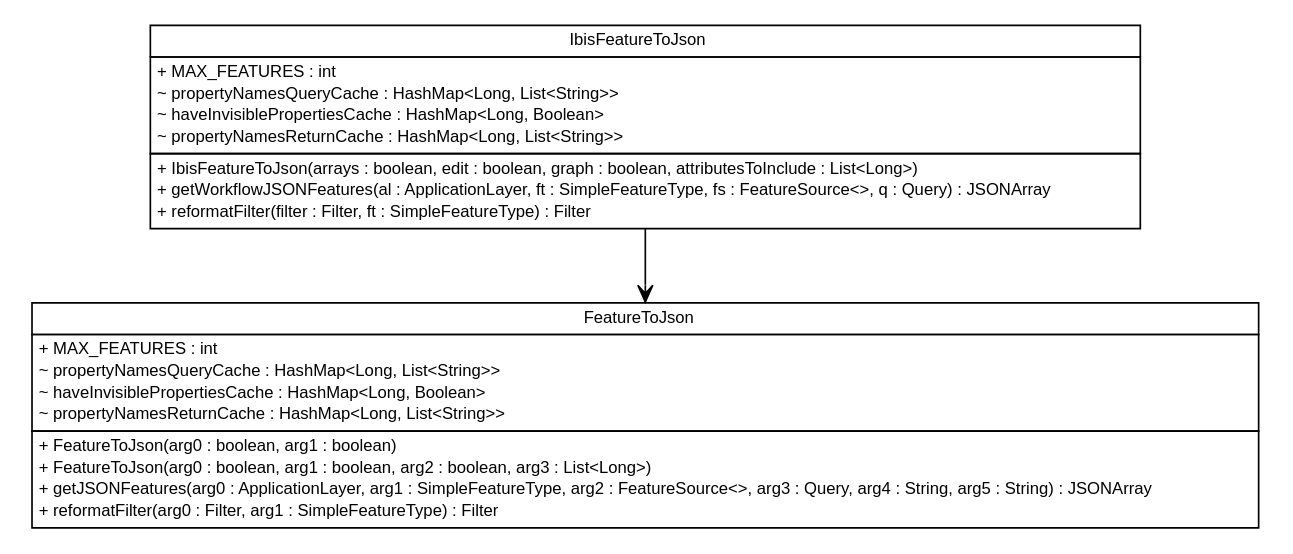
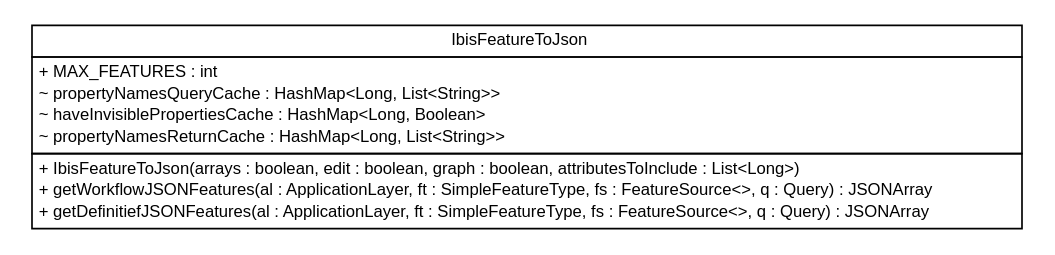
One commit to B3Partners/flamingo-ibis changed the diagram in ibis-viewer/apidocs/nl/b3p/viewer/util/nl.b3p.viewer.util.dot. Above: the diagram before and after it, drawn with Graphviz. The commit also changed 119 other files, not shown here.

```diff
--- a/ibis-viewer/apidocs/nl/b3p/viewer/util/nl.b3p.viewer.util.dot
+++ b/ibis-viewer/apidocs/nl/b3p/viewer/util/nl.b3p.viewer.util.dot
@@ -1,49 +1,29 @@
 #!/usr/local/bin/dot
 #
 # Class diagram 
 # Generated by UMLGraph version R5_6-24-gf6e263 (http://www.umlgraph.org/)
 #
 
 digraph G {
 	edge [fontname="Helvetica",fontsize=10,labelfontname="Helvetica",labelfontsize=10];
 	node [fontname="Helvetica",fontsize=10,shape=plaintext];
 	nodesep=0.25;
 	ranksep=0.5;
 	// nl.b3p.viewer.util.IbisFeatureToJson
 	c42 [label=<<table title="nl.b3p.viewer.util.IbisFeatureToJson" border="0" cellborder="1" cellspacing="0" cellpadding="2" port="p" href="./IbisFeatureToJson.html">
 		<tr><td><table border="0" cellspacing="0" cellpadding="1">
 <tr><td align="center" balign="center"> IbisFeatureToJson </td></tr>
 		</table></td></tr>
 		<tr><td><table border="0" cellspacing="0" cellpadding="1">
 <tr><td align="left" balign="left"> + MAX_FEATURES : int </td></tr>
 <tr><td align="left" balign="left"> ~ propertyNamesQueryCache : HashMap&lt;Long, List&lt;String&gt;&gt; </td></tr>
 <tr><td align="left" balign="left"> ~ haveInvisiblePropertiesCache : HashMap&lt;Long, Boolean&gt; </td></tr>
 <tr><td align="left" balign="left"> ~ propertyNamesReturnCache : HashMap&lt;Long, List&lt;String&gt;&gt; </td></tr>
 		</table></td></tr>
 		<tr><td><table border="0" cellspacing="0" cellpadding="1">
 <tr><td align="left" balign="left"> + IbisFeatureToJson(arrays : boolean, edit : boolean, graph : boolean, attributesToInclude : List&lt;Long&gt;) </td></tr>
 <tr><td align="left" balign="left"> + getWorkflowJSONFeatures(al : ApplicationLayer, ft : SimpleFeatureType, fs : FeatureSource&lt;&gt;, q : Query) : JSONArray </td></tr>
-<tr><td align="left" balign="left"> + reformatFilter(filter : Filter, ft : SimpleFeatureType) : Filter </td></tr>
+<tr><td align="left" balign="left"> + getDefinitiefJSONFeatures(al : ApplicationLayer, ft : SimpleFeatureType, fs : FeatureSource&lt;&gt;, q : Query) : JSONArray </td></tr>
 		</table></td></tr>
 		</table>>, URL="./IbisFeatureToJson.html", fontname="Helvetica", fontcolor="black", fontsize=10.0];
-	// nl.b3p.viewer.util.IbisFeatureToJson NAVASSOC nl.b3p.viewer.util.FeatureToJson
-	c42:p -> c43:p [taillabel="", label="", headlabel="", fontname="Helvetica", fontcolor="black", fontsize=10.0, color="black", arrowhead=open];
-	// nl.b3p.viewer.util.FeatureToJson
-	c43 [label=<<table title="nl.b3p.viewer.util.FeatureToJson" border="0" cellborder="1" cellspacing="0" cellpadding="2" port="p">
-		<tr><td><table border="0" cellspacing="0" cellpadding="1">
-<tr><td align="center" balign="center"> FeatureToJson </td></tr>
-		</table></td></tr>
-		<tr><td><table border="0" cellspacing="0" cellpadding="1">
-<tr><td align="left" balign="left"> + MAX_FEATURES : int </td></tr>
-<tr><td align="left" balign="left"> ~ propertyNamesQueryCache : HashMap&lt;Long, List&lt;String&gt;&gt; </td></tr>
-<tr><td align="left" balign="left"> ~ haveInvisiblePropertiesCache : HashMap&lt;Long, Boolean&gt; </td></tr>
-<tr><td align="left" balign="left"> ~ propertyNamesReturnCache : HashMap&lt;Long, List&lt;String&gt;&gt; </td></tr>
-		</table></td></tr>
-		<tr><td><table border="0" cellspacing="0" cellpadding="1">
-<tr><td align="left" balign="left"> + FeatureToJson(arg0 : boolean, arg1 : boolean) </td></tr>
-<tr><td align="left" balign="left"> + FeatureToJson(arg0 : boolean, arg1 : boolean, arg2 : boolean, arg3 : List&lt;Long&gt;) </td></tr>
-<tr><td align="left" balign="left"> + getJSONFeatures(arg0 : ApplicationLayer, arg1 : SimpleFeatureType, arg2 : FeatureSource&lt;&gt;, arg3 : Query, arg4 : String, arg5 : String) : JSONArray </td></tr>
-<tr><td align="left" balign="left"> + reformatFilter(arg0 : Filter, arg1 : SimpleFeatureType) : Filter </td></tr>
-		</table></td></tr>
-		</table>>, URL="null", fontname="Helvetica", fontcolor="black", fontsize=10.0];
 }
```
